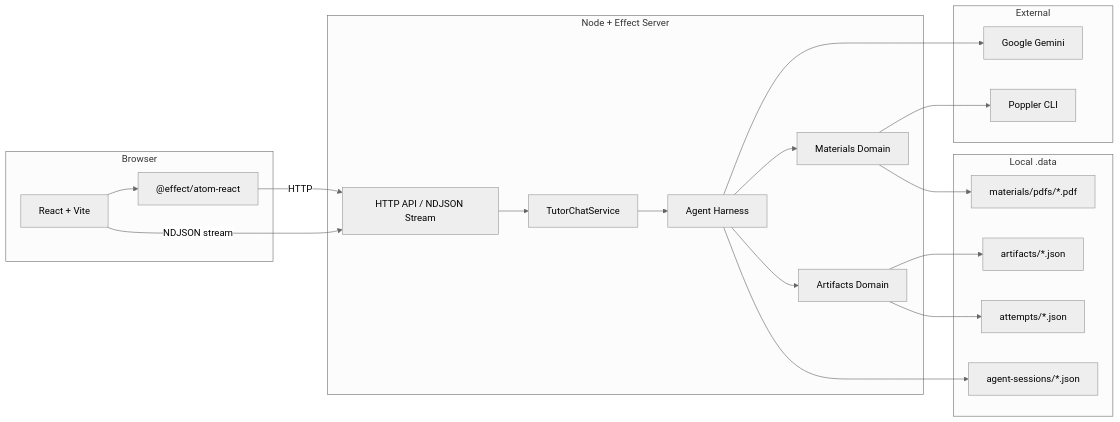
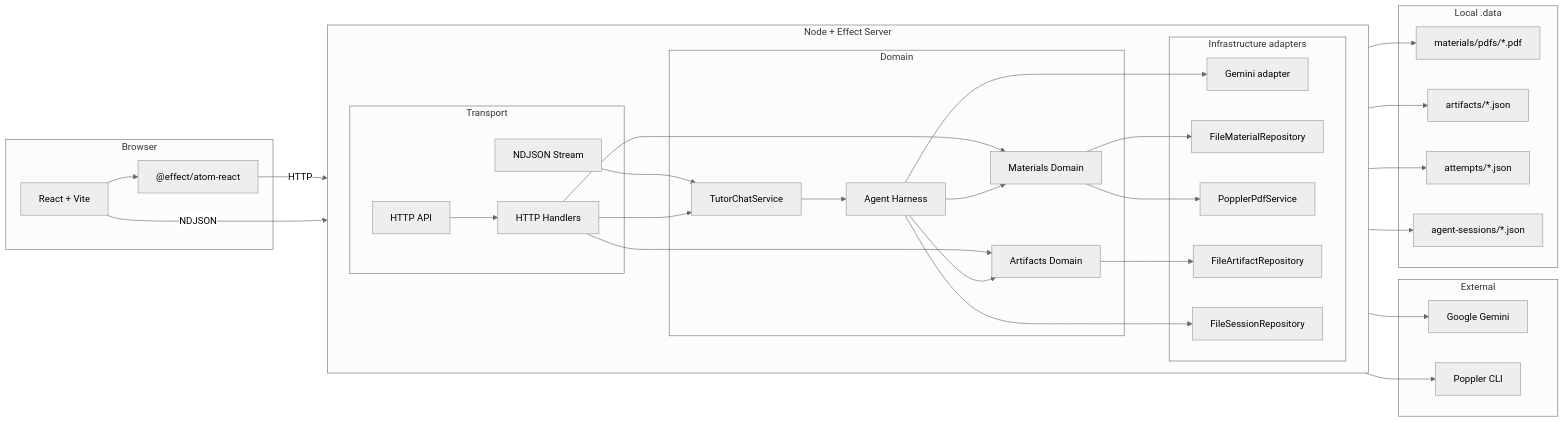
One commit to JavierDeDiegoGuzman/proxus-challenge changed the first of 4 diagrams in docs/architecture.md. Above: the diagram before and after it, drawn with Mermaid (neutral theme).

Commit message:
Show server layers in overview diagram

````diff
--- a/docs/architecture.md
+++ b/docs/architecture.md
@@ -5,41 +5,69 @@
 ```mermaid
 flowchart LR
   subgraph Browser["Browser"]
     Web["React + Vite"]
     Atoms["@effect/atom-react"]
   end
 
   subgraph Server["Node + Effect Server"]
-    Http["HTTP API / NDJSON Stream"]
-    Tutor["TutorChatService"]
-    Harness["Agent Harness"]
-    Materials["Materials Domain"]
-    Artifacts["Artifacts Domain"]
+    direction LR
+
+    subgraph Transport["Transport"]
+      Http["HTTP API"]
+      Stream["NDJSON Stream"]
+      Handlers["HTTP Handlers"]
+    end
+
+    subgraph Domain["Domain"]
+      Tutor["TutorChatService"]
+      Harness["Agent Harness"]
+      Materials["Materials Domain"]
+      Artifacts["Artifacts Domain"]
+    end
+
+    subgraph Infra["Infrastructure adapters"]
+      GeminiAdapter["Gemini adapter"]
+      PopplerService["PopplerPdfService"]
+      FileMaterials["FileMaterialRepository"]
+      FileArtifacts["FileArtifactRepository"]
+      FileSessions["FileSessionRepository"]
+    end
   end
 
   subgraph External["External"]
     Gemini["Google Gemini"]
     Poppler["Poppler CLI"]
   end
 
   subgraph Storage["Local .data"]
     PDFs["materials/pdfs/*.pdf"]
     ArtifactJson["artifacts/*.json"]
     Attempts["attempts/*.json"]
     Sessions["agent-sessions/*.json"]
   end
 
   Web --> Atoms
   Atoms -->|"HTTP"| Http
-  Web -->|"NDJSON stream"| Http
-  Http --> Tutor
+  Web -->|"NDJSON"| Stream
+  Http --> Handlers
+  Stream --> Tutor
+  Handlers --> Tutor
+  Handlers --> Materials
+  Handlers --> Artifacts
   Tutor --> Harness
-  Harness --> Gemini
   Harness --> Materials
   Harness --> Artifacts
-  Materials --> Poppler
-  Materials --> PDFs
-  Artifacts --> ArtifactJson
-  Artifacts --> Attempts
-  Harness --> Sessions
+
+  Harness --> GeminiAdapter
+  Materials --> FileMaterials
+  Materials --> PopplerService
+  Artifacts --> FileArtifacts
+  Harness --> FileSessions
+
+  GeminiAdapter --> Gemini
+  PopplerService --> Poppler
+  FileMaterials --> PDFs
+  FileArtifacts --> ArtifactJson
+  FileArtifacts --> Attempts
+  FileSessions --> Sessions
 ```
````
